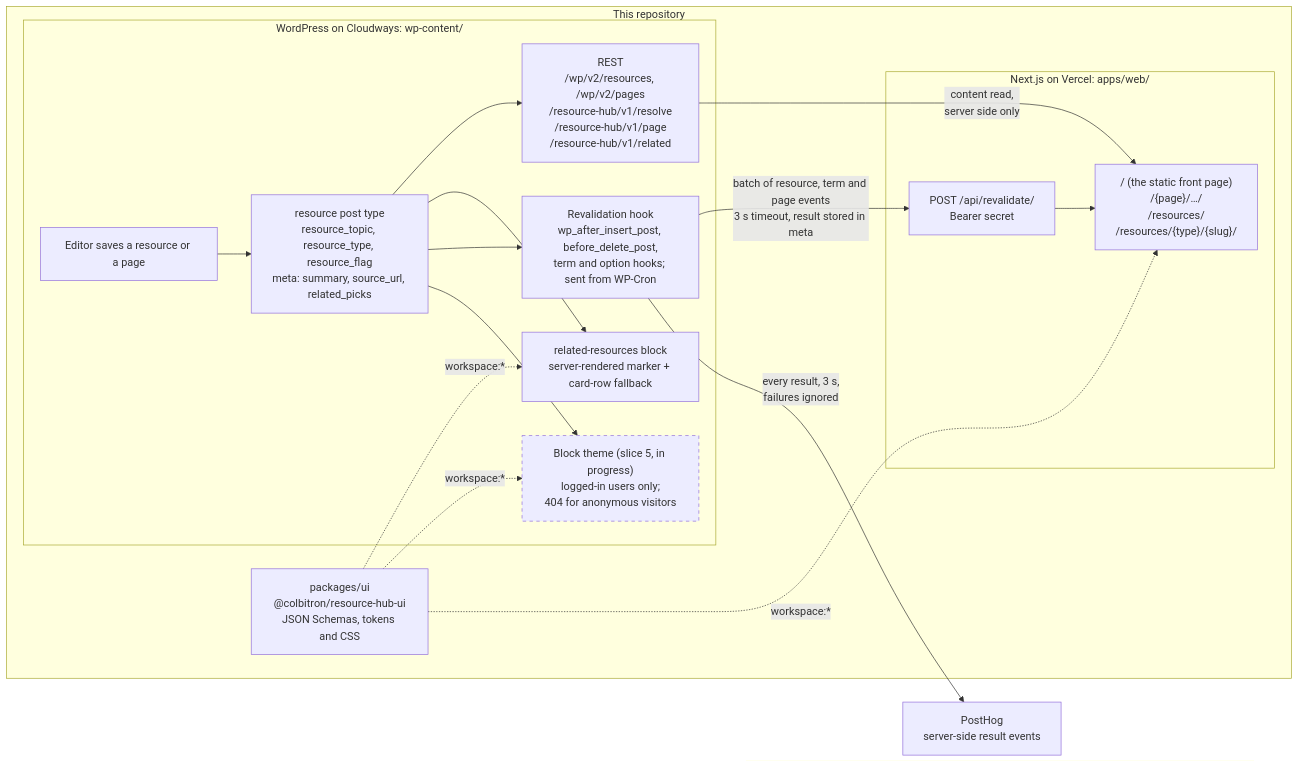
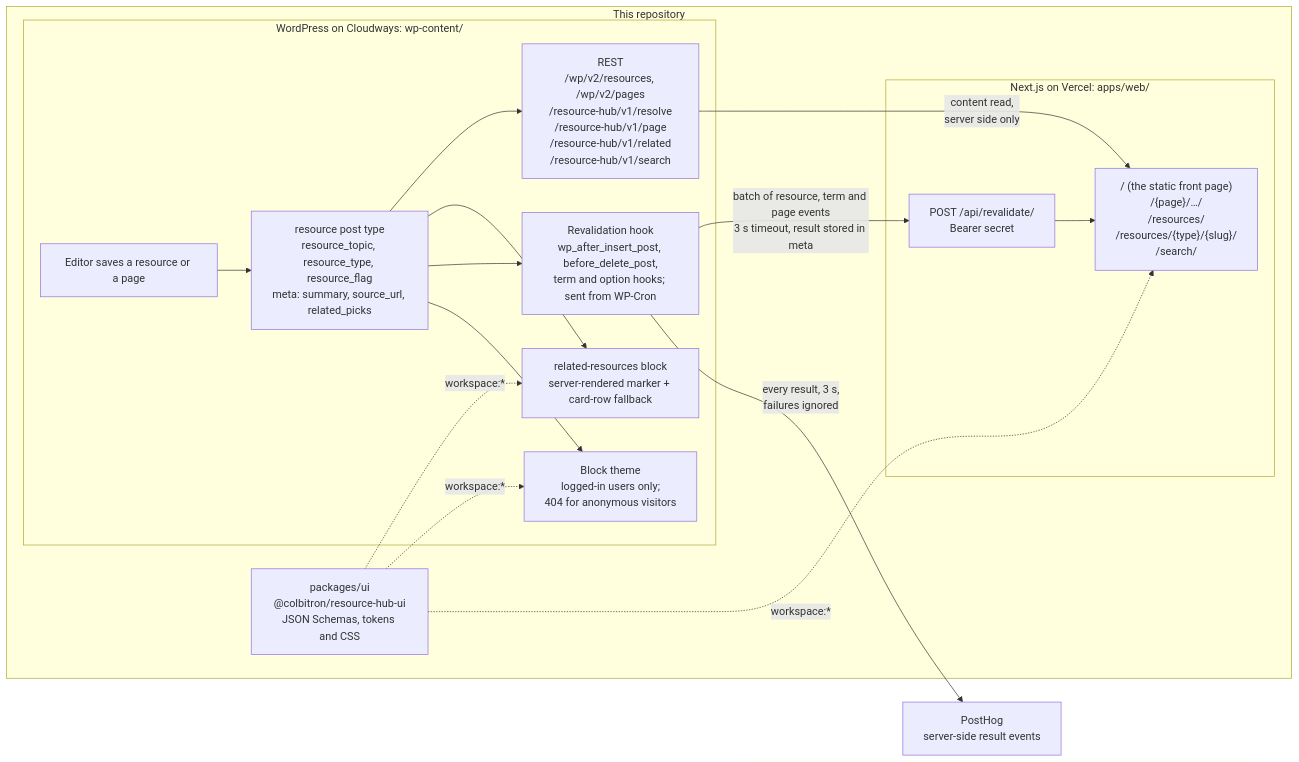
Before and after one commit to Colbitron/resource-hub-wp: the diagram in README.md, drawn with Mermaid. The commit also changed other lines of this file and 7 other files, not shown here.

````diff
--- a/README.md
+++ b/README.md
@@ -62,38 +64,35 @@
 ```mermaid
 flowchart LR
     subgraph repo["This repository"]
         subgraph wp["WordPress on Cloudways: wp-content/"]
             editor["Editor saves a resource or a page"]
             cpt["resource post type<br/>resource_topic, resource_type, resource_flag<br/>meta: summary, source_url, related_picks"]
-            rest["REST<br/>/wp/v2/resources, /wp/v2/pages<br/>/resource-hub/v1/resolve<br/>/resource-hub/v1/page<br/>/resource-hub/v1/related"]
+            rest["REST<br/>/wp/v2/resources, /wp/v2/pages<br/>/resource-hub/v1/resolve<br/>/resource-hub/v1/page<br/>/resource-hub/v1/related<br/>/resource-hub/v1/search"]
             block["related-resources block<br/>server-rendered marker + card-row fallback"]
             hook["Revalidation hook<br/>wp_after_insert_post, before_delete_post,<br/>term and option hooks; sent from WP-Cron"]
-            theme["Block theme (slice 5, in progress)<br/>logged-in users only;<br/>404 for anonymous visitors"]
+            theme["Block theme<br/>logged-in users only;<br/>404 for anonymous visitors"]
             editor --> cpt
             cpt --> rest
             cpt --> block
             cpt --> hook
             cpt --> theme
         end
 
         ui["packages/ui<br/>@colbitron/resource-hub-ui<br/>JSON Schemas, tokens and CSS"]
 
         subgraph next["Next.js on Vercel: apps/web/"]
             api["POST /api/revalidate/<br/>Bearer secret"]
-            pages["/ (the static front page)<br/>/{page}/…/<br/>/resources/<br/>/resources/{type}/{slug}/"]
+            pages["/ (the static front page)<br/>/{page}/…/<br/>/resources/<br/>/resources/{type}/{slug}/<br/>/search/"]
             api --> pages
         end
     end
 
     posthog["PostHog<br/>server-side result events"]
 
     rest -->|"content read,<br/>server side only"| pages
     hook -->|"batch of resource, term and page events<br/>3 s timeout, result stored in meta"| api
     hook -->|"every result, 3 s,<br/>failures ignored"| posthog
     ui -.->|"workspace:*"| block
     ui -.->|"workspace:*"| theme
     ui -.->|"workspace:*"| pages
-
-    classDef building stroke-dasharray: 5 5
-    class theme building
 ```
````
